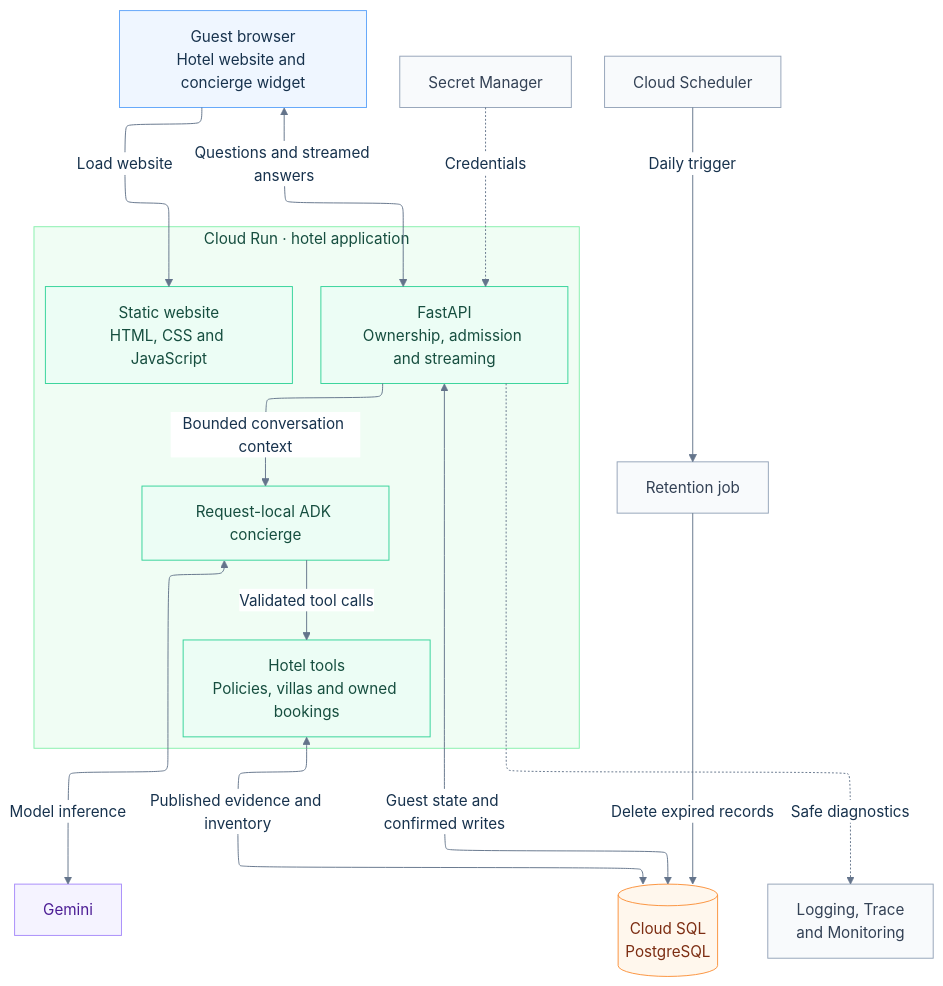
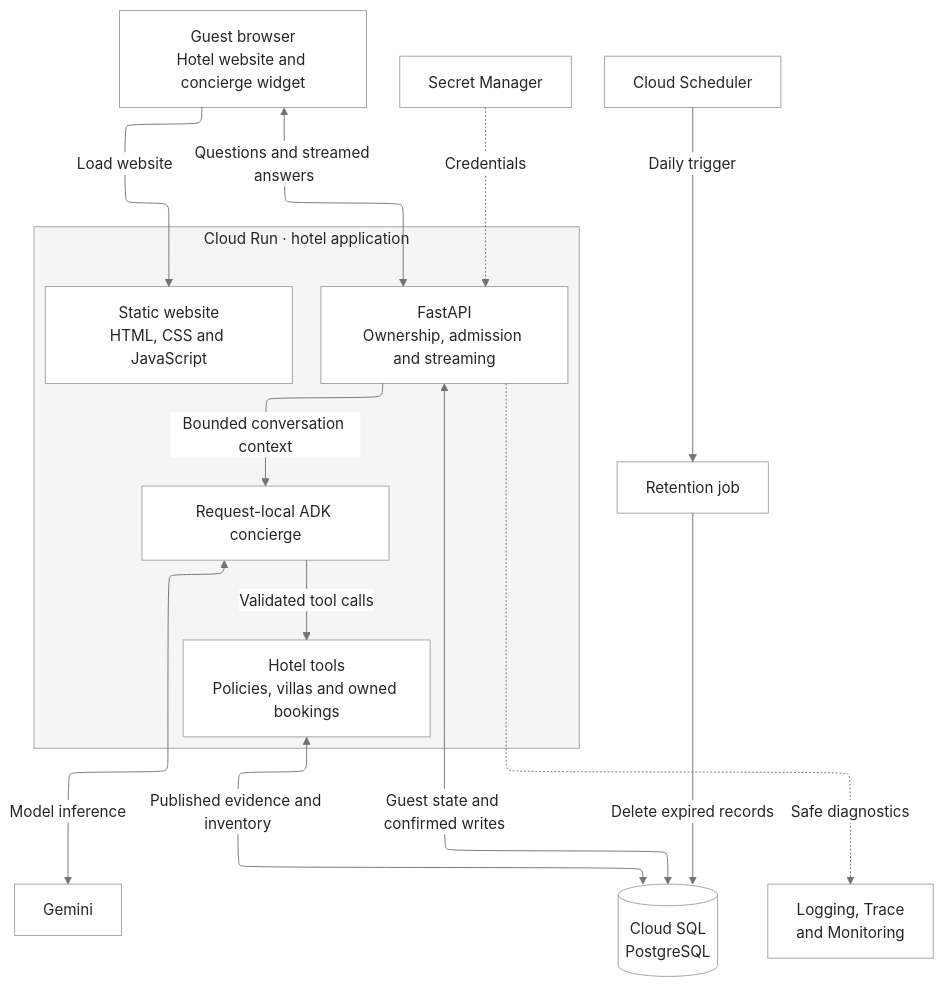
The first of 2 diagrams in docs/Architecture.md (the-ai-engineer/hotel-ai-agent), drawn with Mermaid before and after one commit.

Commit message:
docs: use neutral architecture diagram colors

````diff
--- a/docs/Architecture.md
+++ b/docs/Architecture.md
@@ -23,50 +23,42 @@
 ```mermaid
 ---
 config:
   layout: elk
   theme: base
   themeVariables:
     fontFamily: sans-serif
     fontSize: 16px
-    primaryTextColor: '#17324d'
-    lineColor: '#64748b'
+    primaryTextColor: '#262626'
+    lineColor: '#737373'
     edgeLabelBackground: '#ffffff'
   flowchart:
     nodeSpacing: 45
     rankSpacing: 65
 ---
 flowchart TB
     Guest[Guest browser<br/>Hotel website and concierge widget]
 
     subgraph Service[Cloud Run · hotel application]
         Site[Static website<br/>HTML, CSS and JavaScript]
         API[FastAPI<br/>Ownership, admission and streaming]
         Agent[Request-local ADK concierge]
         Tools[Hotel tools<br/>Policies, villas and owned bookings]
         API -->|Bounded conversation context| Agent
         Agent -->|Validated tool calls| Tools
     end
 
     Guest -->|Load website| Site
     Guest <-->|Questions and streamed answers| API
     Agent <-->|Model inference| Gemini[Gemini]
     API <-->|Guest state and confirmed writes| DB[(Cloud SQL<br/>PostgreSQL)]
     Tools <-->|Published evidence and inventory| DB
 
     Secrets[Secret Manager] -.->|Credentials| API
     API -.->|Safe diagnostics| Ops[Logging, Trace<br/>and Monitoring]
     Scheduler[Cloud Scheduler] -->|Daily trigger| Cleanup[Retention job]
     Cleanup -->|Delete expired records| DB
 
-    classDef guest fill:#eff6ff,stroke:#60a5fa,color:#17324d
-    classDef app fill:#ecfdf5,stroke:#34d399,color:#164e3f
-    classDef data fill:#fff7ed,stroke:#fb923c,color:#7c2d12
-    classDef external fill:#f5f3ff,stroke:#a78bfa,color:#4c1d95
-    classDef ops fill:#f8fafc,stroke:#94a3b8,color:#334155
-    class Guest guest
-    class Site,API,Agent,Tools app
-    class DB data
-    class Gemini external
-    class Secrets,Ops,Scheduler,Cleanup ops
-    style Service fill:#f0fdf4,stroke:#86efac,color:#164e3f
+    classDef component fill:#ffffff,stroke:#a3a3a3,color:#262626
+    class Guest,Site,API,Agent,Tools,DB,Gemini,Secrets,Ops,Scheduler,Cleanup component
+    style Service fill:#f5f5f5,stroke:#a3a3a3,color:#262626
 ```
````
